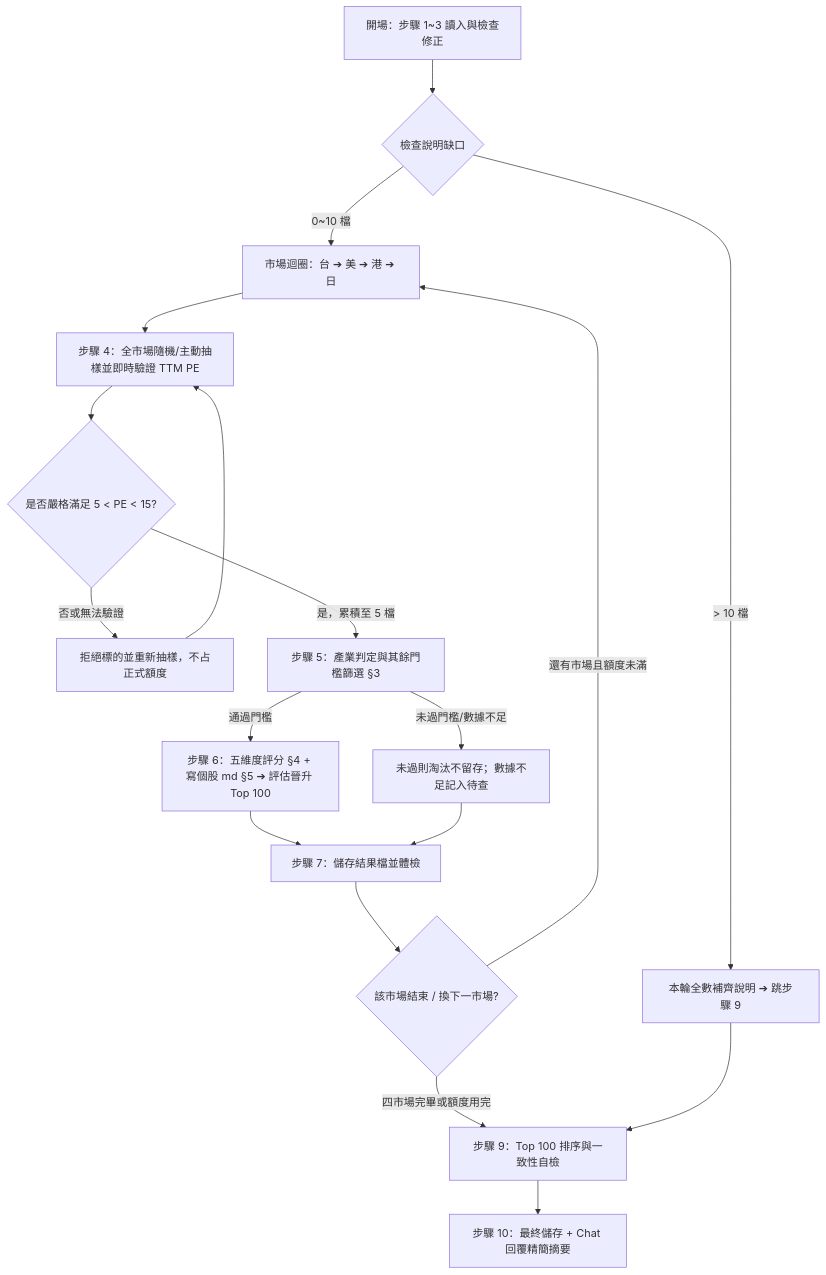
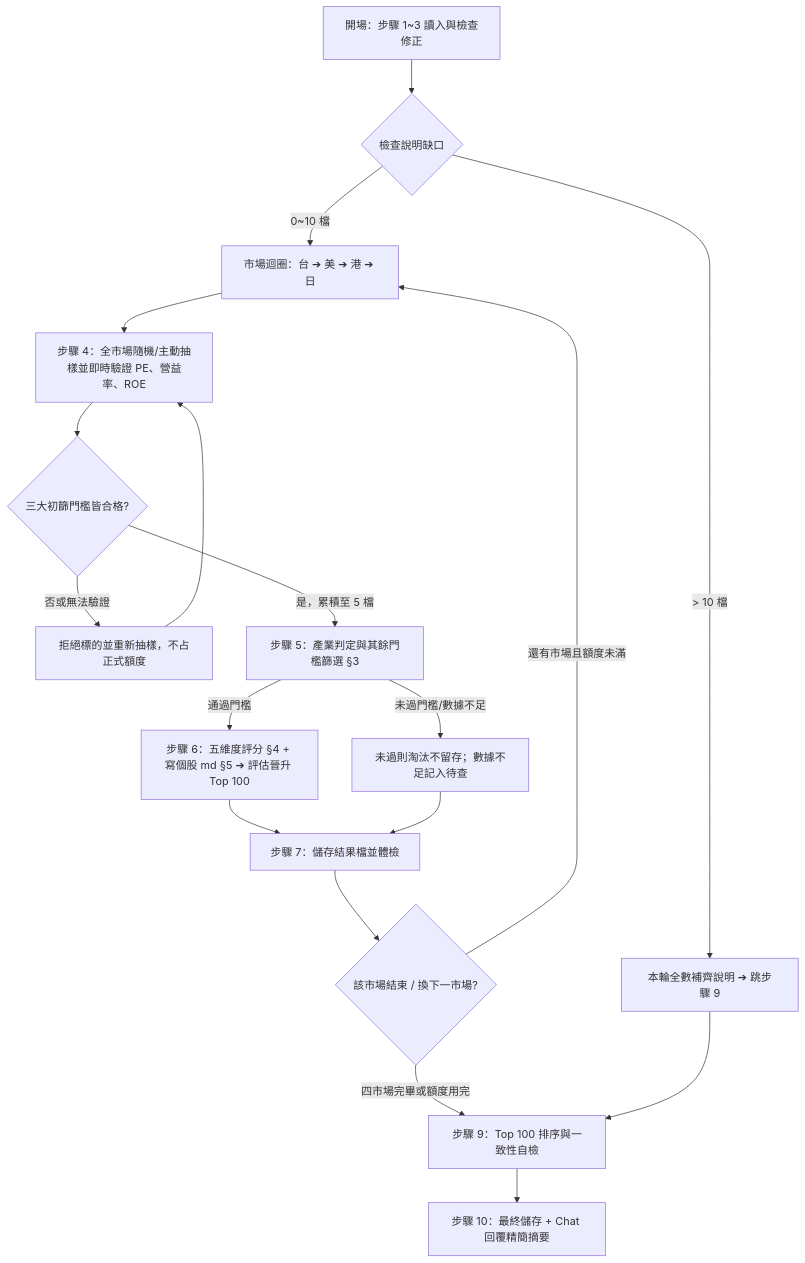
One commit to a9303001/FinancialReport changed the diagram in Routines_StkScreener_gemini.md. Above: the diagram before and after it, drawn with Mermaid. The commit also changed other lines of this file, not shown here.

````diff
--- a/Routines_StkScreener_gemini.md
+++ b/Routines_StkScreener_gemini.md
@@ -40,20 +40,20 @@
 ```mermaid
 graph TD
     A[開場：步驟 1~3 讀入與檢查修正] --> B{檢查說明缺口}
     B -->|> 10 檔| C[本輪全數補齊說明 ➔ 跳步驟 9]
     B -->|0~10 檔| D[市場迴圈：台 ➔ 美 ➔ 港 ➔ 日]
-    D --> E[步驟 4：全市場隨機/主動抽樣並即時驗證 TTM PE]
-    E --> P{是否嚴格滿足 5 < PE < 15?}
+    D --> E[步驟 4：全市場隨機/主動抽樣並即時驗證 PE、營益率、ROE]
+    E --> P{三大初篩門檻皆合格?}
     P -->|否或無法驗證| R[拒絕標的並重新抽樣，不占正式額度]
     R --> E
     P -->|是，累積至 5 檔| F[步驟 5：產業判定與其餘門檻篩選 §3]
     F -->|通過門檻| G[步驟 6：五維度評分 §4 + 寫個股 md §5 ➔ 評估晉升 Top 100]
     F -->|未過門檻/數據不足| H[未過則淘汰不留存；數據不足記入待查]
     G --> I[步驟 7：儲存結果檔並體檢]
     H --> I
     I --> J{該市場結束 / 換下一市場?}
     J -->|還有市場且額度未滿| D
     J -->|四市場完畢或額度用完| K[步驟 9：Top 100 排序與一致性自檢]
     C --> K
     K --> L[步驟 10：最終儲存 + Chat 回覆精簡摘要]
 ```
````
